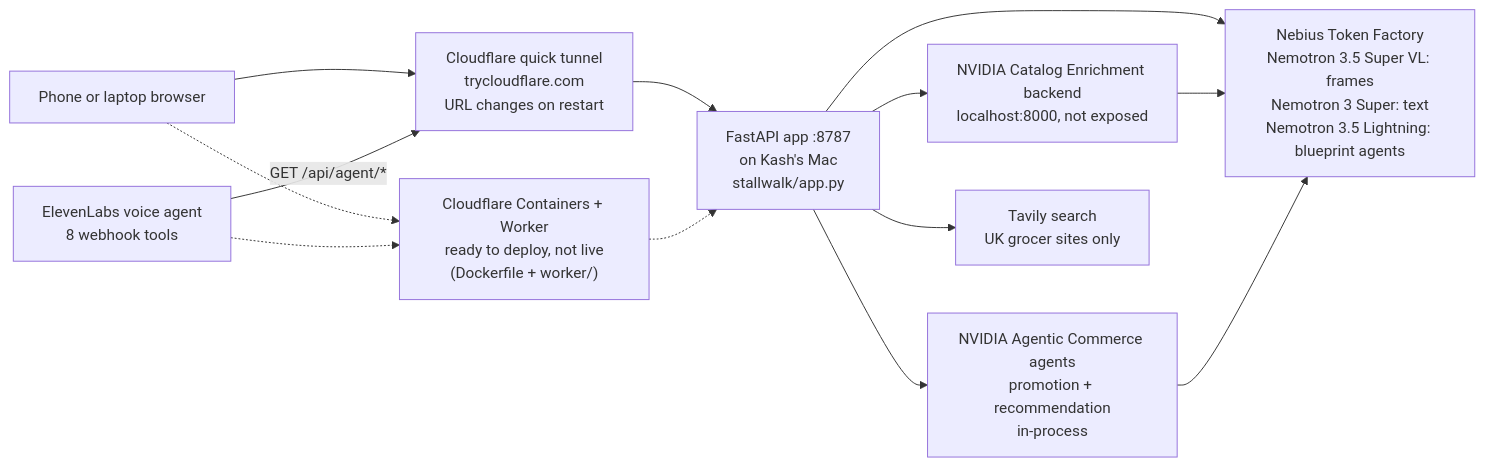
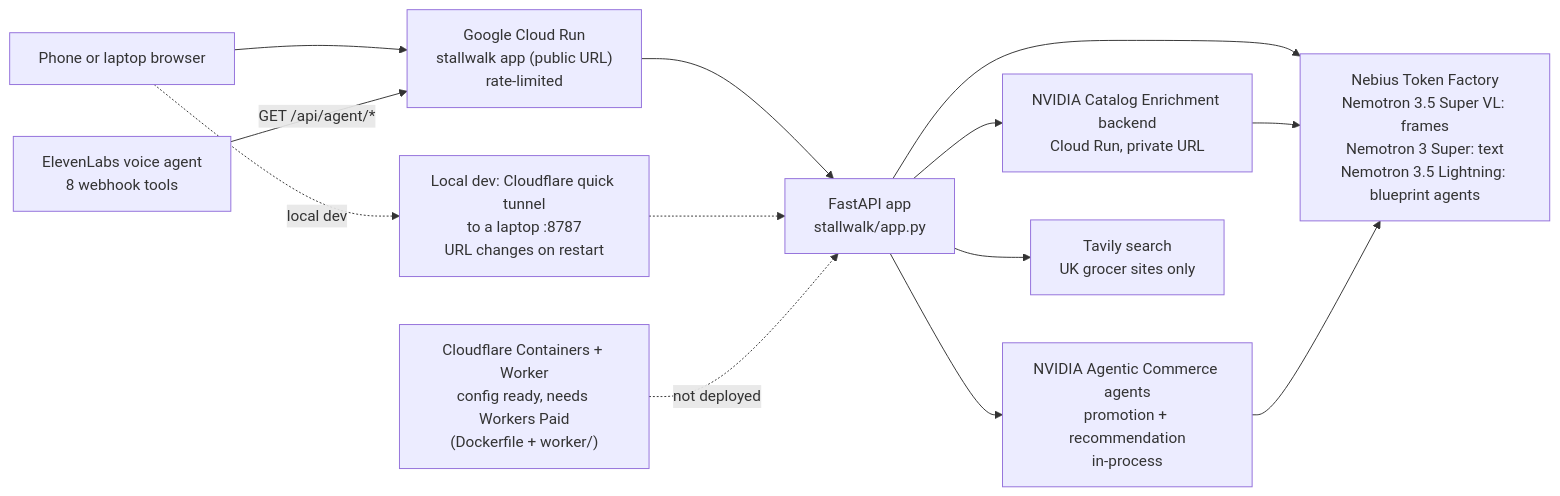
One commit to thekashifnazir/stallwalk changed the first of 2 diagrams in README.md. Above: the diagram before and after it, drawn with Mermaid. The commit also changed other lines of this file, not shown here.

Commit message:
README: hosted on Cloud Run (app public, Catalog Enrichment private), tunnel is local dev, Containers config needs Workers Paid

````diff
--- a/README.md
+++ b/README.md
@@ -56,25 +56,26 @@
 ```mermaid
 flowchart LR
     B["Phone or laptop browser"]
     V["ElevenLabs voice agent<br/>8 webhook tools"]
-    T["Cloudflare quick tunnel<br/>trycloudflare.com<br/>URL changes on restart"]
-    H["Cloudflare Containers + Worker<br/>ready to deploy, not live<br/>(Dockerfile + worker/)"]
-    A["FastAPI app :8787<br/>on Kash's Mac<br/>stallwalk/app.py"]
+    CR["Google Cloud Run<br/>stallwalk app (public URL)<br/>rate-limited"]
+    T["Local dev: Cloudflare quick tunnel<br/>to a laptop :8787<br/>URL changes on restart"]
+    H["Cloudflare Containers + Worker<br/>config ready, needs Workers Paid<br/>(Dockerfile + worker/)"]
+    A["FastAPI app<br/>stallwalk/app.py"]
     TF["Nebius Token Factory<br/>Nemotron 3.5 Super VL: frames<br/>Nemotron 3 Super: text<br/>Nemotron 3.5 Lightning: blueprint agents"]
-    CE["NVIDIA Catalog Enrichment backend<br/>localhost:8000, not exposed"]
+    CE["NVIDIA Catalog Enrichment backend<br/>Cloud Run, private URL"]
     AC["NVIDIA Agentic Commerce agents<br/>promotion + recommendation<br/>in-process"]
     TV["Tavily search<br/>UK grocer sites only"]
 
-    B --> T
-    V -- "GET /api/agent/*" --> T
-    T --> A
-    B -.-> H
-    V -.-> H
-    H -.-> A
+    B --> CR
+    V -- "GET /api/agent/*" --> CR
+    CR --> A
+    B -. "local dev" .-> T
+    T -.-> A
+    H -. "not deployed" .-> A
     A --> TF
     A --> CE
     CE --> TF
     A --> AC
     AC --> TF
     A --> TV
 ```
````
